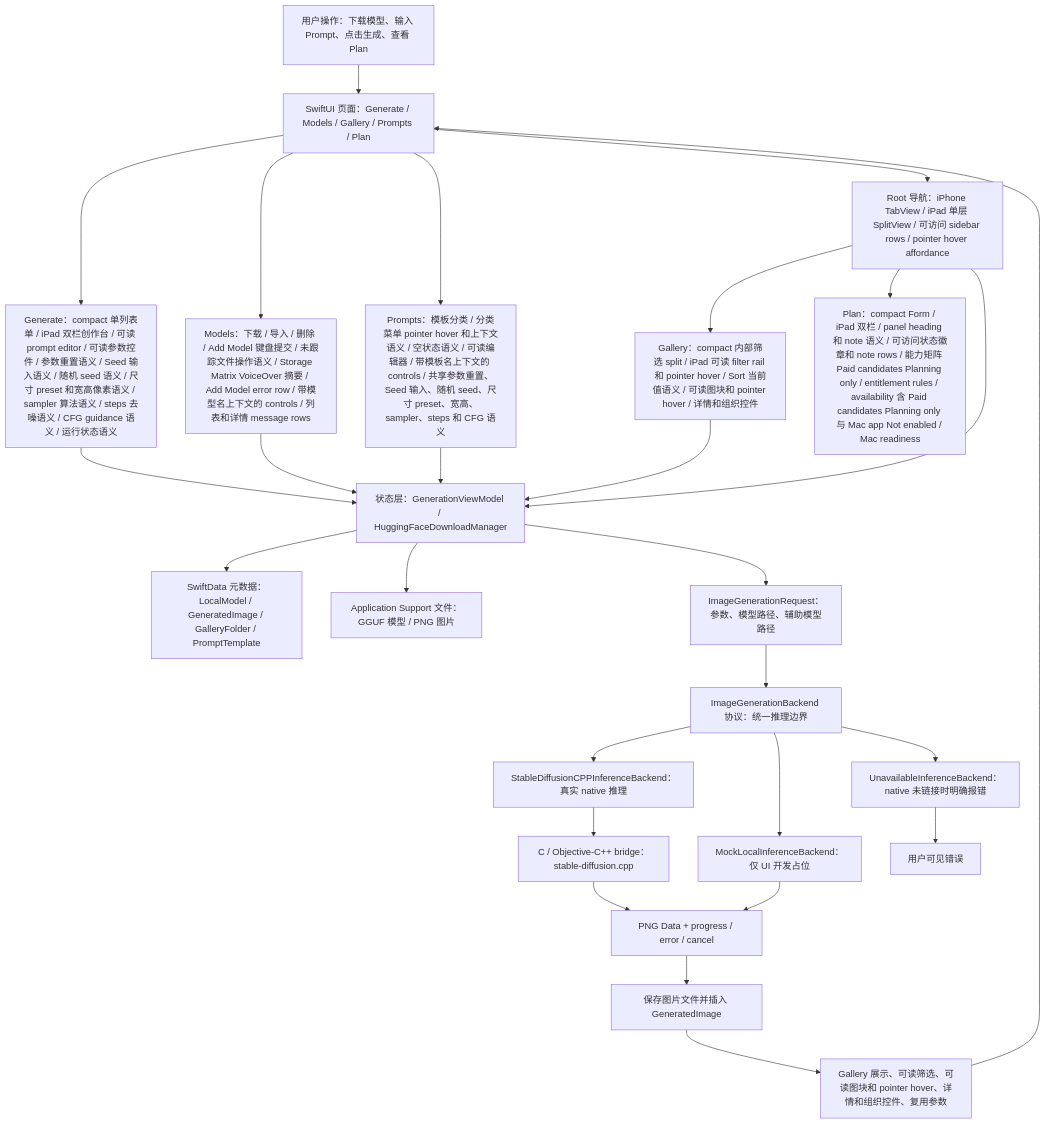
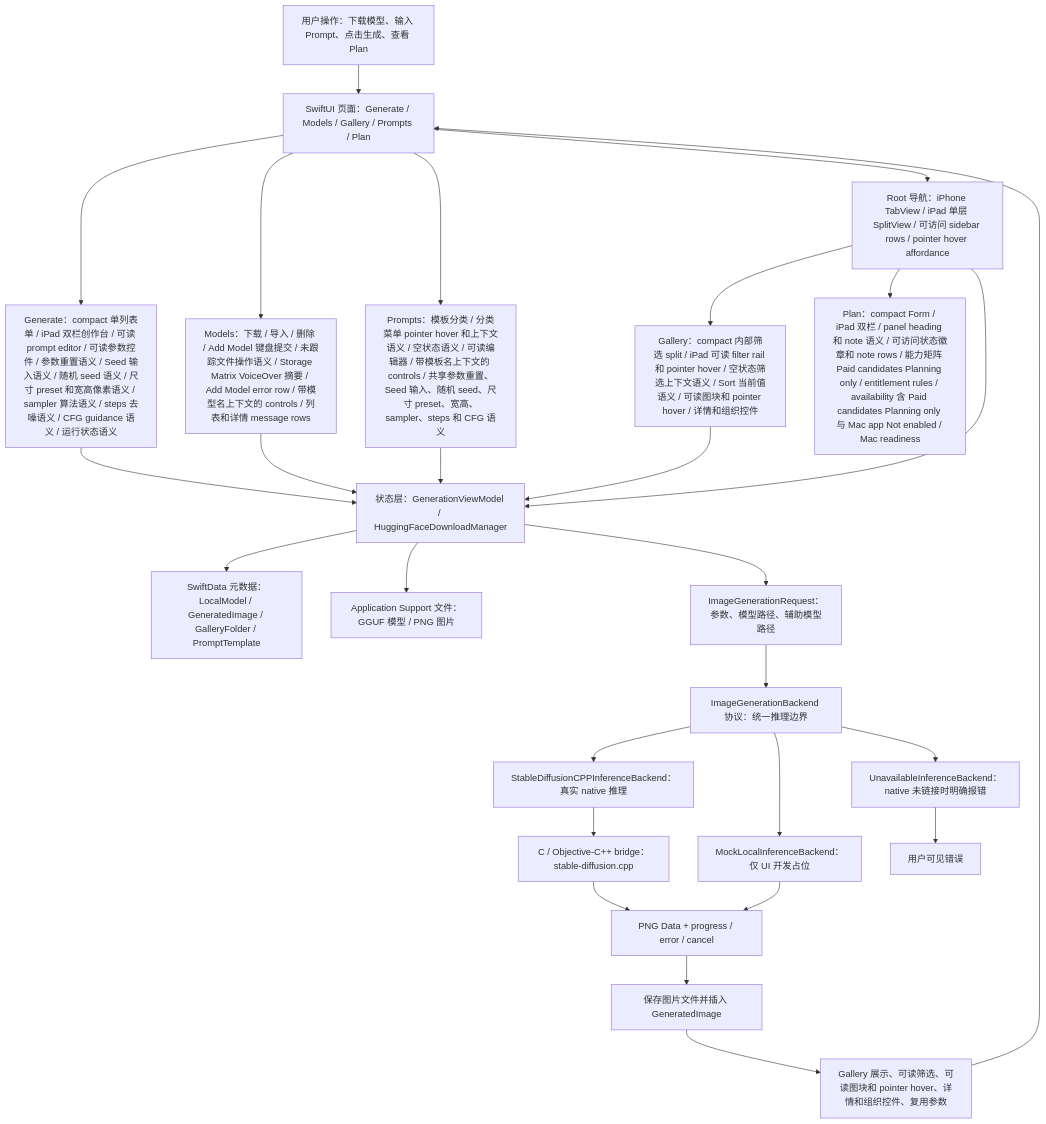
The first of 7 diagrams in md/flow/flowchart.md (Altman-sam114/118), drawn with Mermaid before and after one commit. The commit also changed 5 other files, not shown here.

````diff
--- a/md/flow/flowchart.md
+++ b/md/flow/flowchart.md
@@ -9,29 +9,29 @@
 ```mermaid
 flowchart TD
   U["用户操作：下载模型、输入 Prompt、点击生成、查看 Plan"] --> UI["SwiftUI 页面：Generate / Models / Gallery / Prompts / Plan"]
   UI --> GENUI["Generate：compact 单列表单 / iPad 双栏创作台 / 可读 prompt editor / 可读参数控件 / 参数重置语义 / Seed 输入语义 / 随机 seed 语义 / 尺寸 preset 和宽高像素语义 / sampler 算法语义 / steps 去噪语义 / CFG guidance 语义 / 运行状态语义"]
   UI --> MODELUI["Models：下载 / 导入 / 删除 / Add Model 键盘提交 / 未跟踪文件操作语义 / Storage Matrix VoiceOver 摘要 / Add Model error row / 带模型名上下文的 controls / 列表和详情 message rows"]
   UI --> PROMPTUI["Prompts：模板分类 / 分类菜单 pointer hover 和上下文语义 / 空状态语义 / 可读编辑器 / 带模板名上下文的 controls / 共享参数重置、Seed 输入、随机 seed、尺寸 preset、宽高、sampler、steps 和 CFG 语义"]
   UI --> NAV["Root 导航：iPhone TabView / iPad 单层 SplitView / 可访问 sidebar rows / pointer hover affordance"]
-  NAV --> GALUI["Gallery：compact 内部筛选 split / iPad 可读 filter rail 和 pointer hover / Sort 当前值语义 / 可读图块和 pointer hover / 详情和组织控件"]
+  NAV --> GALUI["Gallery：compact 内部筛选 split / iPad 可读 filter rail 和 pointer hover / 空状态筛选上下文语义 / Sort 当前值语义 / 可读图块和 pointer hover / 详情和组织控件"]
   NAV --> PLANUI["Plan：compact Form / iPad 双栏 / panel heading 和 note 语义 / 可访问状态徽章和 note rows / 能力矩阵 Paid candidates Planning only / entitlement rules / availability 含 Paid candidates Planning only 与 Mac app Not enabled / Mac readiness"]
   NAV --> VM["状态层：GenerationViewModel / HuggingFaceDownloadManager"]
   GENUI --> VM
   MODELUI --> VM
   PROMPTUI --> VM
   GALUI --> VM
   VM --> SD["SwiftData 元数据：LocalModel / GeneratedImage / GalleryFolder / PromptTemplate"]
   VM --> FS["Application Support 文件：GGUF 模型 / PNG 图片"]
   VM --> REQ["ImageGenerationRequest：参数、模型路径、辅助模型路径"]
   REQ --> IFACE["ImageGenerationBackend 协议：统一推理边界"]
   IFACE --> NATIVE["StableDiffusionCPPInferenceBackend：真实 native 推理"]
   IFACE --> MOCK["MockLocalInferenceBackend：仅 UI 开发占位"]
   IFACE --> OFF["UnavailableInferenceBackend：native 未链接时明确报错"]
   NATIVE --> BRIDGE["C / Objective-C++ bridge：stable-diffusion.cpp"]
   BRIDGE --> PNG["PNG Data + progress / error / cancel"]
   MOCK --> PNG
   OFF --> ERR["用户可见错误"]
   PNG --> SAVE["保存图片文件并插入 GeneratedImage"]
   SAVE --> GALLERY["Gallery 展示、可读筛选、可读图块和 pointer hover、详情和组织控件、复用参数"]
   GALLERY --> UI
 ```
````
